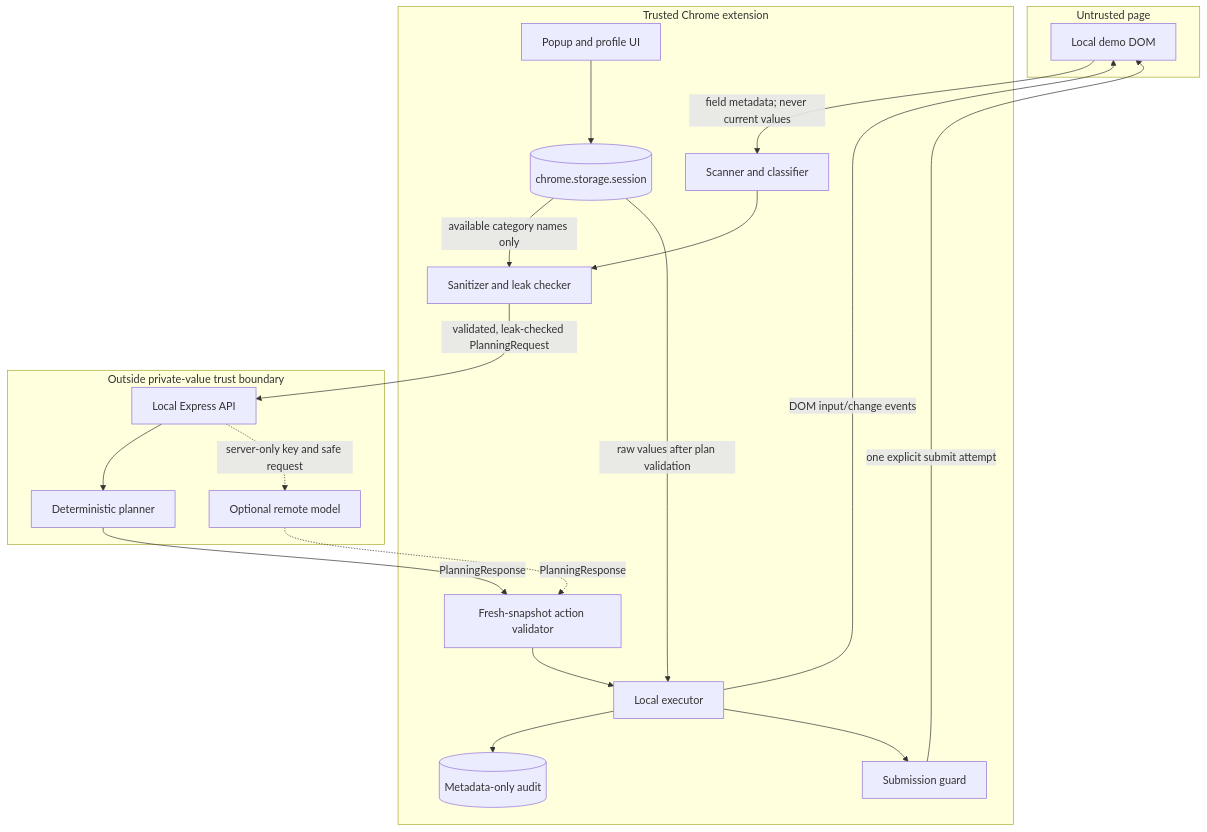
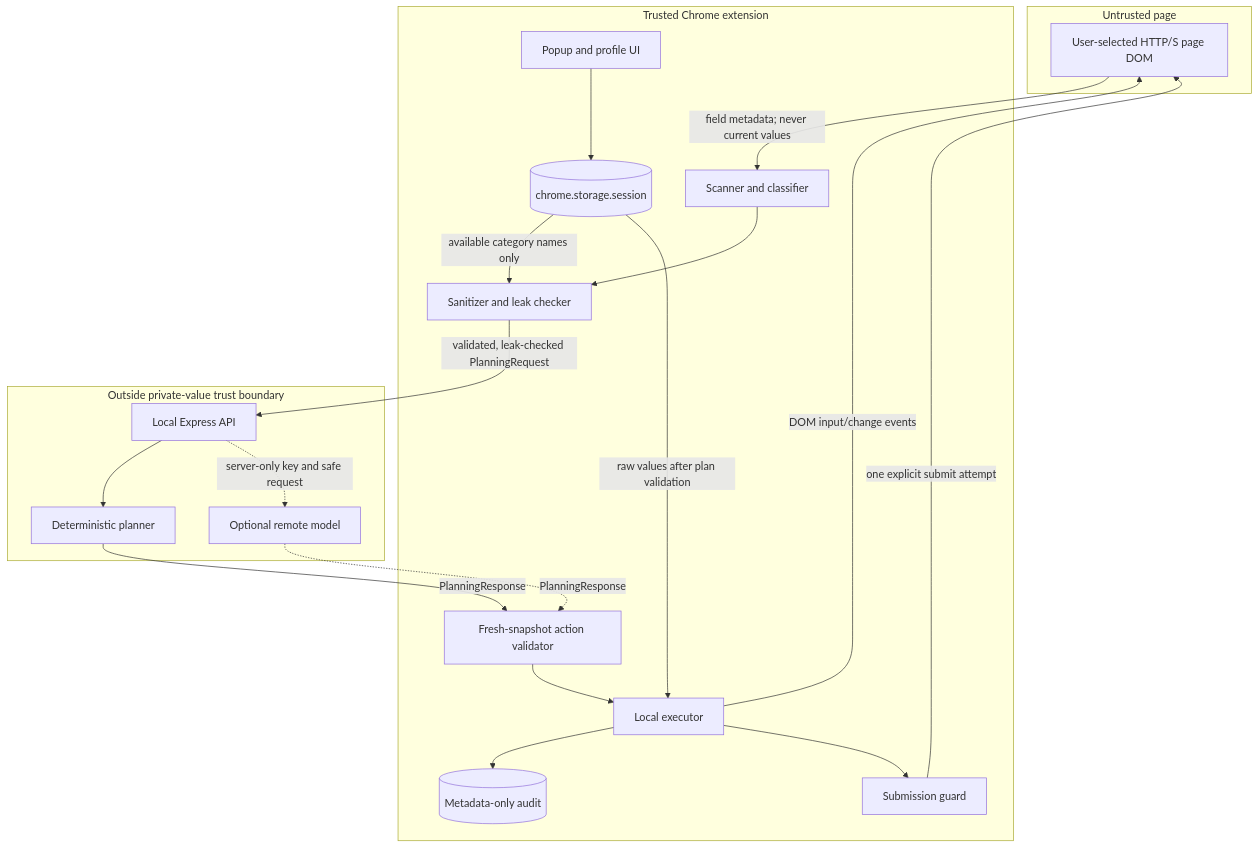
Before and after one commit to Shushant-Kharate/SIH-MVP-2026: the diagram in ARCHITECTURE.md, drawn with Mermaid. The commit also changed other lines of this file and 12 other files, not shown here.

````diff
--- a/ARCHITECTURE.md
+++ b/ARCHITECTURE.md
@@ -12,39 +12,39 @@
 ```mermaid
 flowchart TB
     subgraph U[Untrusted page]
-        DOM[Local demo DOM]
+        DOM[User-selected HTTP/S page DOM]
     end
 
     subgraph T[Trusted Chrome extension]
         UI[Popup and profile UI]
         STORE[(chrome.storage.session)]
         SCAN[Scanner and classifier]
         PRIV[Sanitizer and leak checker]
         VALID[Fresh-snapshot action validator]
         EXEC[Local executor]
         AUDIT[(Metadata-only audit)]
         GUARD[Submission guard]
     end
 
     subgraph O[Outside private-value trust boundary]
         API[Local Express API]
         FALLBACK[Deterministic planner]
         REMOTE[Optional remote model]
     end
 
     DOM -->|field metadata; never current values| SCAN
     UI --> STORE
     STORE -->|available category names only| PRIV
     SCAN --> PRIV
     PRIV -->|validated, leak-checked PlanningRequest| API
     API --> FALLBACK
     API -. server-only key and safe request .-> REMOTE
     FALLBACK -->|PlanningResponse| VALID
     REMOTE -. PlanningResponse .-> VALID
     STORE -->|raw values after plan validation| EXEC
     VALID --> EXEC
     EXEC -->|DOM input/change events| DOM
     EXEC --> AUDIT
     EXEC --> GUARD
     GUARD -->|one explicit submit attempt| DOM
 ```
````
